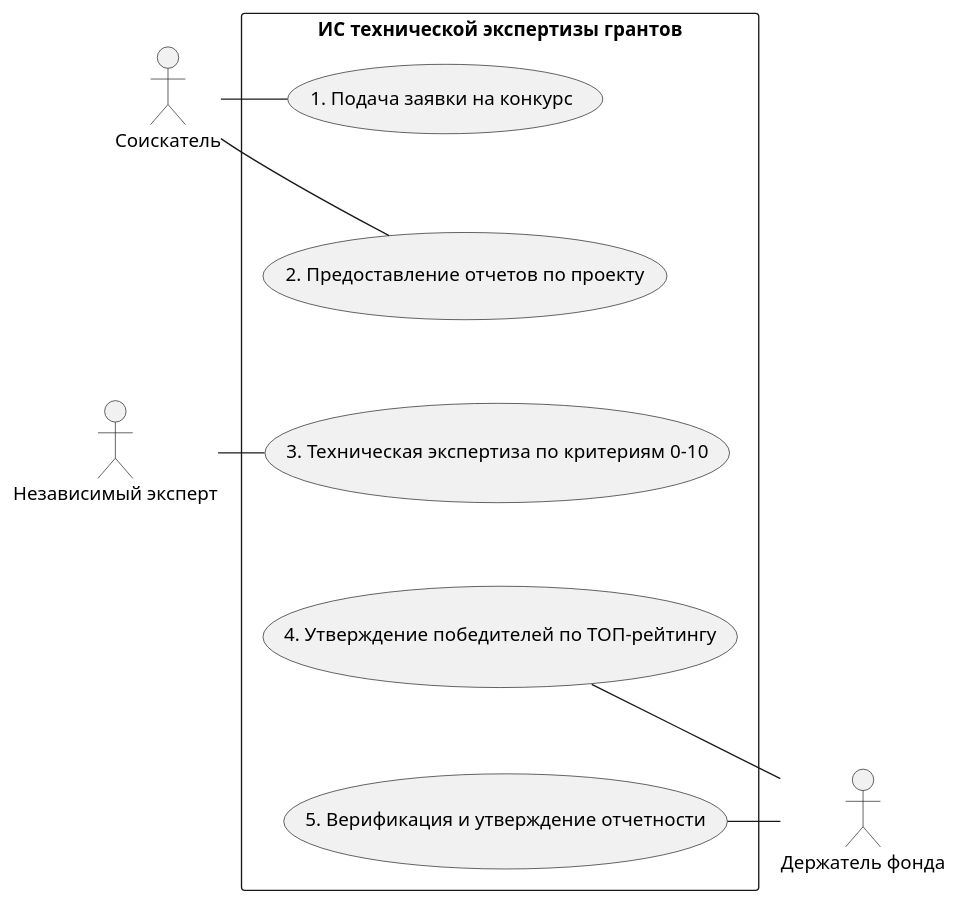
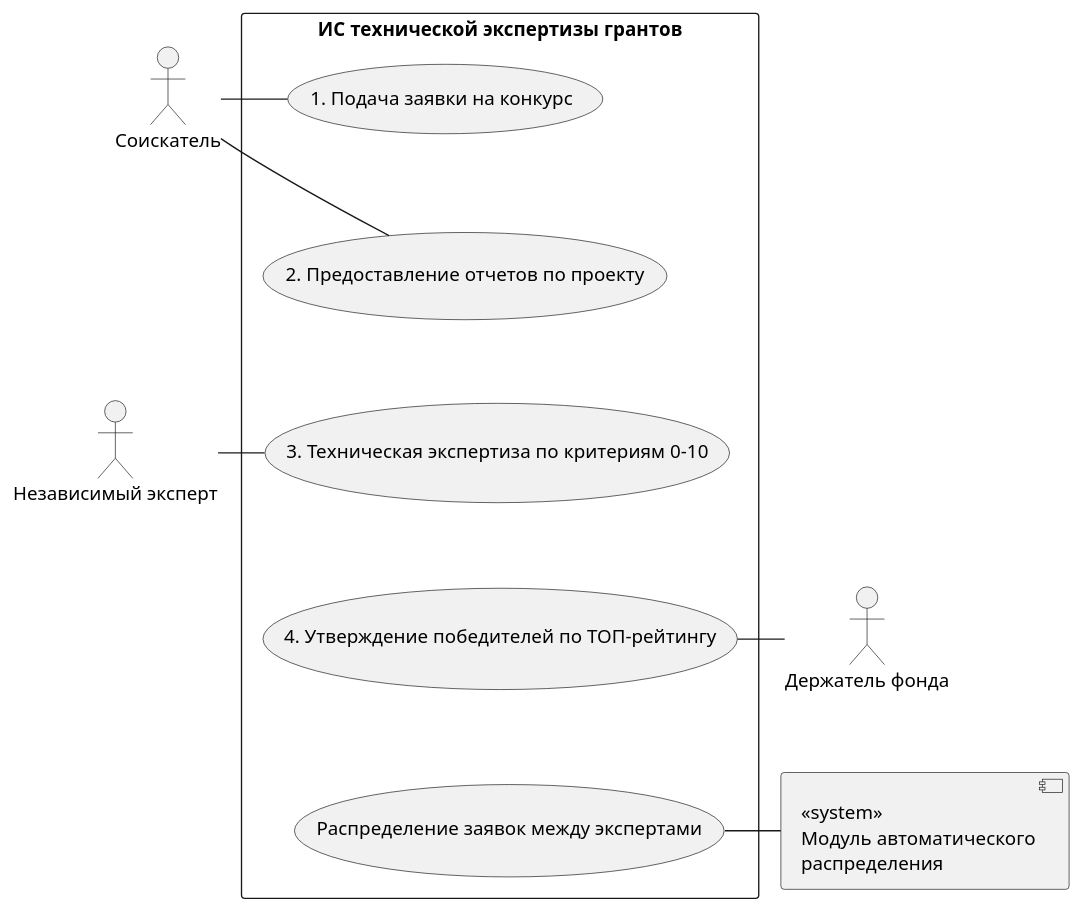
Before and after one commit to penamarth/bsbo-10-24_team4_var9_techexp: the diagram in диаграмма прецедентов.md, drawn with PlantUML.

Commit message:
изменена диаграмма прецедентов

````diff
--- a/диаграмма прецедентов.md
+++ b/диаграмма прецедентов.md
@@ -3,31 +3,33 @@
 ```plantuml
 @startuml
 skinparam packageStyle rect
 
 package "ИС технической экспертизы грантов" {
   (1. Подача заявки на конкурс) as submit
   (2. Предоставление отчетов по проекту) as reports_submit
   (3. Техническая экспертиза по критериям 0-10) as review
   (4. Утверждение победителей по ТОП-рейтингу) as approve
-  (5. Верификация и утверждение отчетности) as reports_check
+  (Распределение заявок между экспертами) as distribute
 
   submit -down[hidden]-> reports_submit
   reports_submit -down[hidden]-> review
   review -down[hidden]-> approve
-  approve -down[hidden]-> reports_check
+  approve -down[hidden]-> distribute
 }
 
 :Соискатель: as applicant
 :Независимый эксперт: as expert
 :Держатель фонда: as manager
+
+component "«system»\nМодуль автоматического\nраспределения" as sys_distributor
 
 submit -left-- applicant
 reports_submit -left-- applicant
 
 review -left-- expert
 
 approve -right-- manager
-reports_check -right-- manager
+distribute -right-- sys_distributor
 
 @endum
 ```
````
